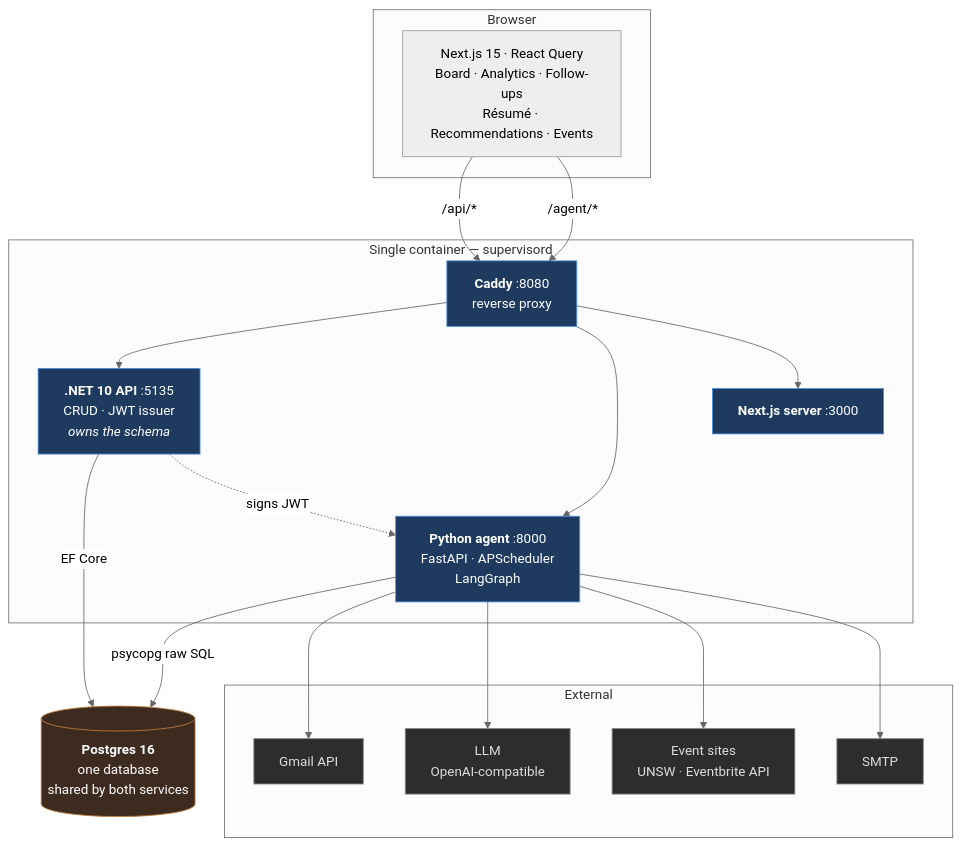
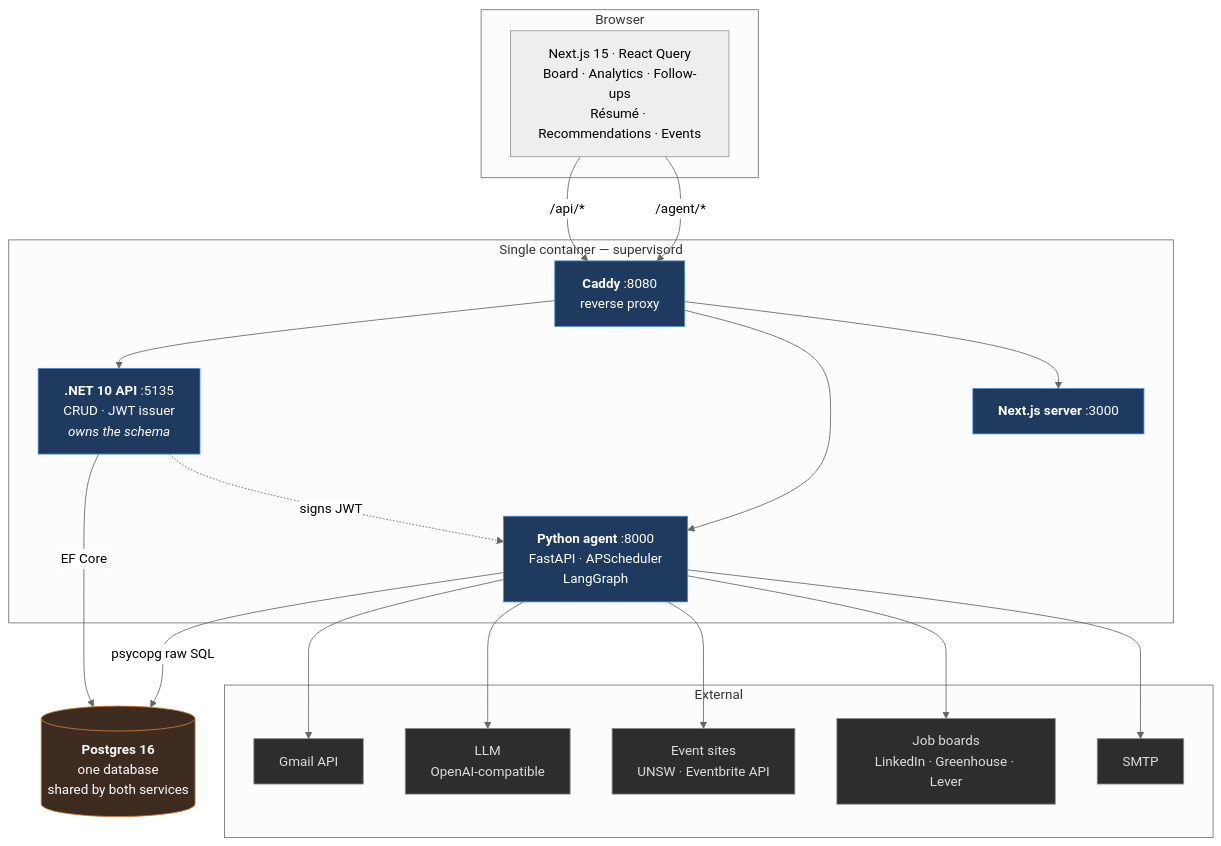
The first of 6 diagrams in docs/ARCHITECTURE.md (KHChuadri/prospect), drawn with Mermaid (neutral theme) before and after one commit. The commit also changed other lines of this file and 3 other files, not shown here.

First line of the commit message:
docs: teach the job crawler in the onboarding and architecture docs

````diff
--- a/docs/ARCHITECTURE.md
+++ b/docs/ARCHITECTURE.md
@@ -15,45 +16,47 @@
 ```mermaid
 graph TB
     subgraph client["Browser"]
         UI["Next.js 15 · React Query<br/>Board · Analytics · Follow-ups<br/>Résumé · Recommendations · Events"]
     end
 
     subgraph container["Single container — supervisord"]
         Caddy["<b>Caddy</b> :8080<br/>reverse proxy"]
         Backend["<b>.NET 10 API</b> :5135<br/>CRUD · JWT issuer<br/><i>owns the schema</i>"]
         Agent["<b>Python agent</b> :8000<br/>FastAPI · APScheduler<br/>LangGraph"]
         Web["<b>Next.js server</b> :3000"]
     end
 
     PG[("<b>Postgres 16</b><br/>one database<br/>shared by both services")]
 
     subgraph external["External"]
         Gmail["Gmail API"]
         LLM["LLM<br/>OpenAI-compatible"]
         Sites["Event sites<br/>UNSW · Eventbrite API"]
+        Boards["Job boards<br/>LinkedIn · Greenhouse · Lever"]
         SMTP["SMTP"]
     end
 
     UI -->|"/api/*"| Caddy
     UI -->|"/agent/*"| Caddy
     Caddy --> Backend
     Caddy --> Agent
     Caddy --> Web
 
     Backend -->|EF Core| PG
     Agent -->|psycopg raw SQL| PG
 
     Agent --> Gmail
     Agent --> LLM
     Agent --> Sites
+    Agent --> Boards
     Agent --> SMTP
 
     Backend -.->|"signs JWT"| Agent
 
     classDef svc fill:#1e3a5f,stroke:#4a90d9,color:#fff
     classDef db fill:#3d2b1f,stroke:#c47f3d,color:#fff
     classDef ext fill:#2d2d2d,stroke:#888,color:#ddd
     class Caddy,Backend,Agent,Web svc
     class PG db
-    class Gmail,LLM,Sites,SMTP ext
+    class Gmail,LLM,Sites,Boards,SMTP ext
 ```
````
